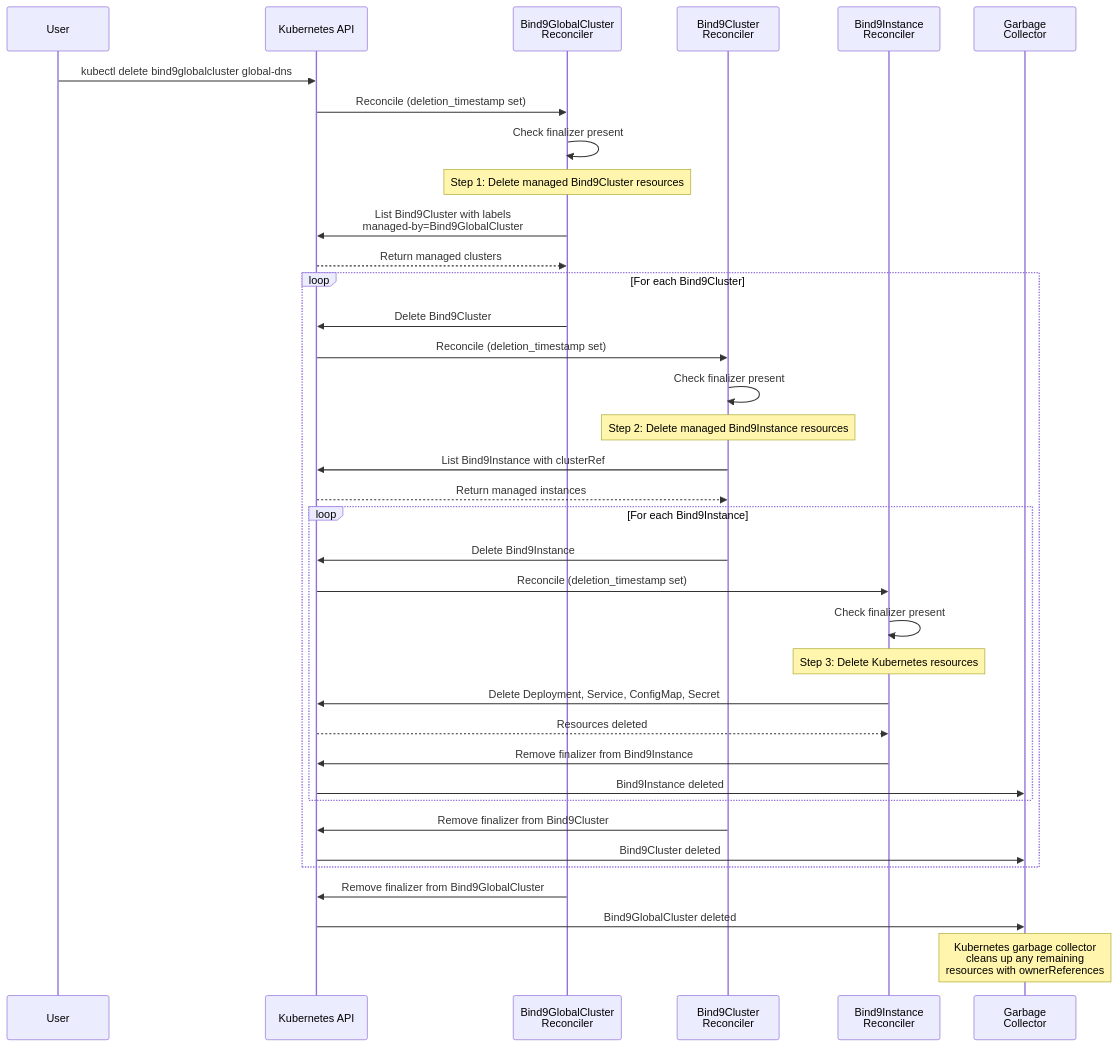
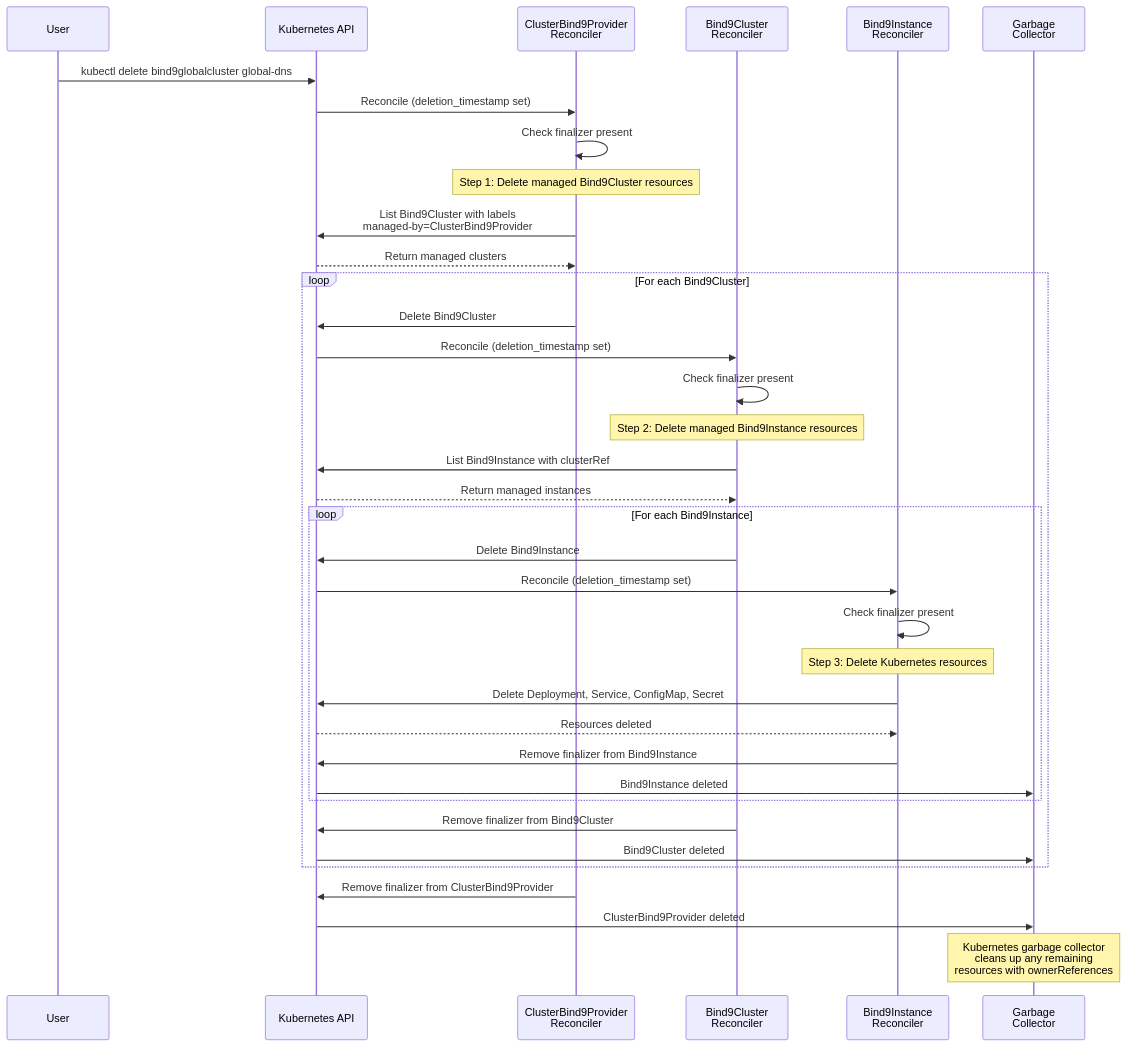
Before and after one commit to firestoned/bindy: the fourth of 4 diagrams in docs/src/architecture/reconciler-hierarchy.md, drawn with Mermaid. The commit also changed other lines of this file and 42 other files, not shown here.

Commit message:
Major: rename CRD Bind9GlobalCluster to ClusterBind9Provider

````diff
--- a/docs/src/architecture/reconciler-hierarchy.md
+++ b/docs/src/architecture/reconciler-hierarchy.md
@@ -486,48 +486,48 @@
 ```mermaid
 sequenceDiagram
     participant User
     participant K8s as Kubernetes API
-    participant GC as Bind9GlobalCluster<br/>Reconciler
+    participant GC as ClusterBind9Provider<br/>Reconciler
     participant C as Bind9Cluster<br/>Reconciler
     participant I as Bind9Instance<br/>Reconciler
     participant GC_Obj as Garbage<br/>Collector
 
     User->>K8s: kubectl delete bind9globalcluster global-dns
     K8s->>GC: Reconcile (deletion_timestamp set)
     GC->>GC: Check finalizer present
 
     Note over GC: Step 1: Delete managed Bind9Cluster resources
-    GC->>K8s: List Bind9Cluster with labels<br/>managed-by=Bind9GlobalCluster
+    GC->>K8s: List Bind9Cluster with labels<br/>managed-by=ClusterBind9Provider
     K8s-->>GC: Return managed clusters
 
     loop For each Bind9Cluster
         GC->>K8s: Delete Bind9Cluster
         K8s->>C: Reconcile (deletion_timestamp set)
         C->>C: Check finalizer present
 
         Note over C: Step 2: Delete managed Bind9Instance resources
         C->>K8s: List Bind9Instance with clusterRef
         K8s-->>C: Return managed instances
 
         loop For each Bind9Instance
             C->>K8s: Delete Bind9Instance
             K8s->>I: Reconcile (deletion_timestamp set)
             I->>I: Check finalizer present
 
             Note over I: Step 3: Delete Kubernetes resources
             I->>K8s: Delete Deployment, Service, ConfigMap, Secret
             K8s-->>I: Resources deleted
 
             I->>K8s: Remove finalizer from Bind9Instance
             K8s->>GC_Obj: Bind9Instance deleted
         end
 
         C->>K8s: Remove finalizer from Bind9Cluster
         K8s->>GC_Obj: Bind9Cluster deleted
     end
 
-    GC->>K8s: Remove finalizer from Bind9GlobalCluster
-    K8s->>GC_Obj: Bind9GlobalCluster deleted
+    GC->>K8s: Remove finalizer from ClusterBind9Provider
+    K8s->>GC_Obj: ClusterBind9Provider deleted
 
     Note over GC_Obj: Kubernetes garbage collector<br/>cleans up any remaining<br/>resources with ownerReferences
 ```
````
